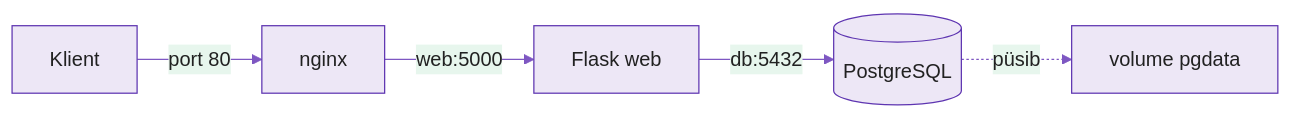
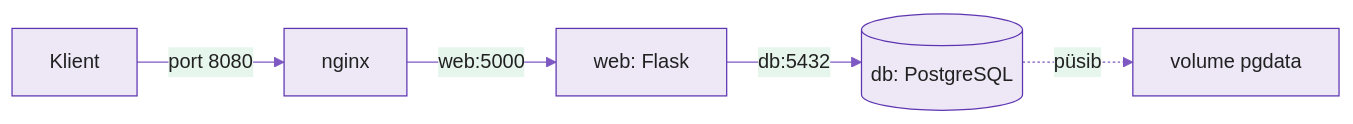
The diagram in docs/week06/lecture.md (hkhk-automation/devops), drawn with Mermaid before and after one commit. The commit also changed other lines of this file and 2 other files, not shown here.

Commit message:
N6: db-check kood, päris 502 (vale port), .env trükiviga, nginx 8080 (80 on N3 nginx), nginx:1.27, teenuste nimed web/db; labi test

````diff
--- a/docs/week06/lecture.md
+++ b/docs/week06/lecture.md
@@ -33,8 +34,8 @@
 ```mermaid
 %%{init: {'theme':'base','themeVariables':{'primaryColor':'#ede7f6','primaryBorderColor':'#5e35b1','primaryTextColor':'#212121','lineColor':'#7e57c2'}}}%%
 graph LR
-    U[Klient] -->|port 80| N[nginx]
-    N -->|web:5000| W[Flask web]
-    W -->|db:5432| D[(PostgreSQL)]
+    U[Klient] -->|port 8080| N[nginx]
+    N -->|web:5000| W[web: Flask]
+    W -->|db:5432| D[(db: PostgreSQL)]
     D -.->|püsib| V[volume pgdata]
 ```
````
